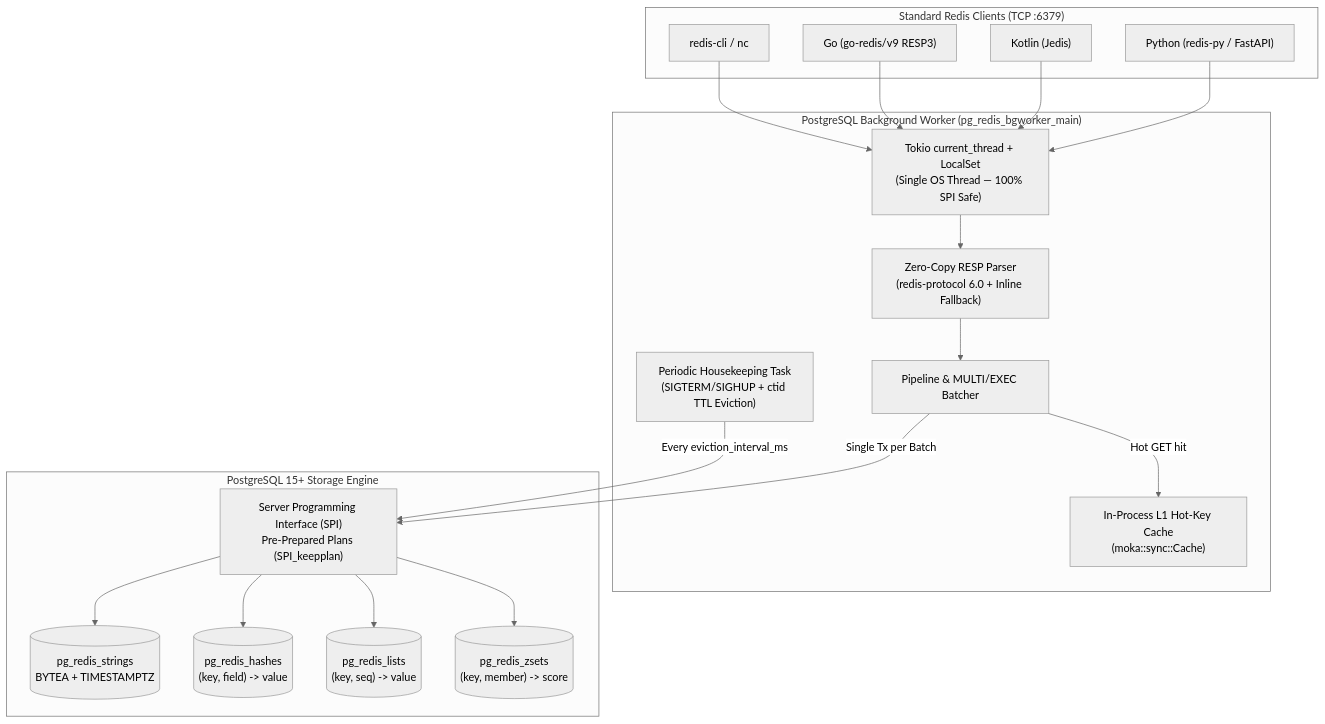
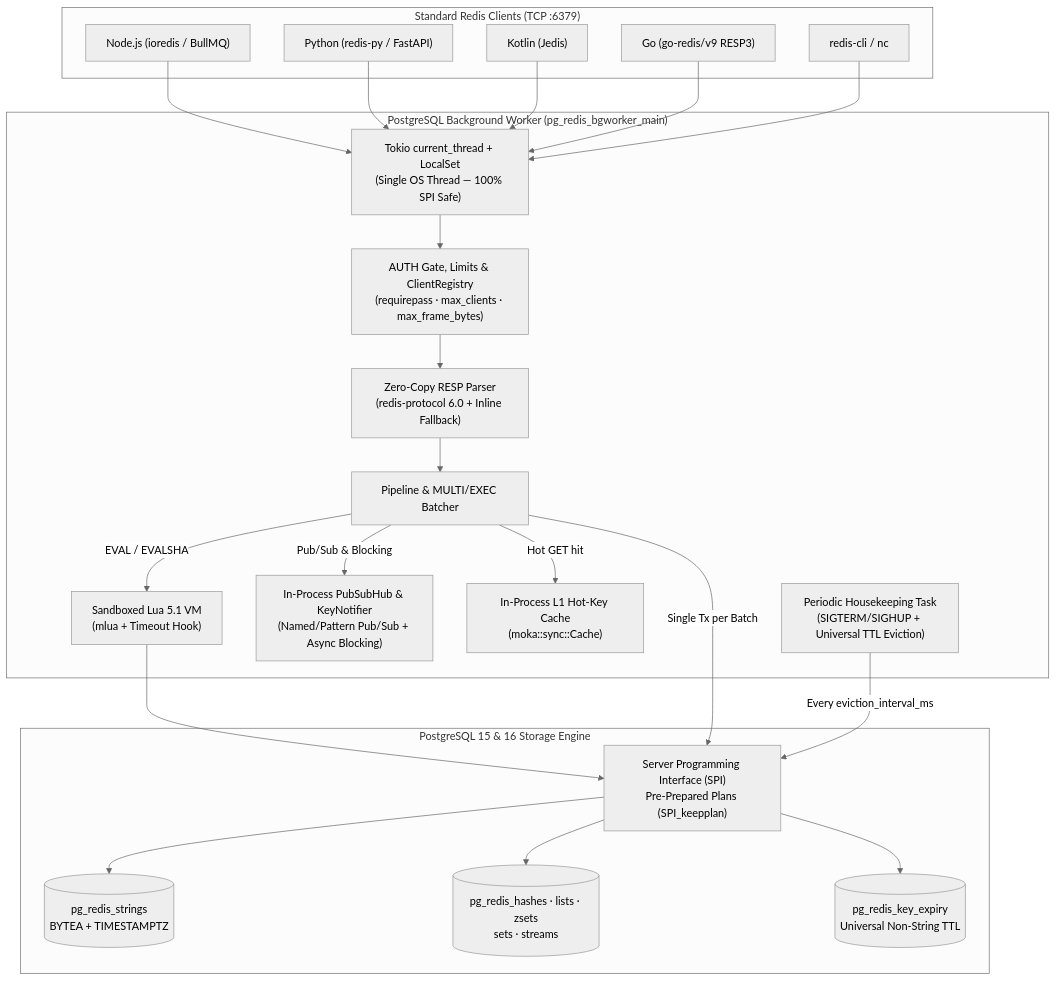
One commit to MegacoderKim/pg2redis changed the first of 2 diagrams in docs/architecture/overview.md. Above: the diagram before and after it, drawn with Mermaid (neutral theme). The commit also changed other lines of this file and 12 other files, not shown here.

````diff
--- a/docs/architecture/overview.md
+++ b/docs/architecture/overview.md
@@ -7,32 +7,36 @@
 ```mermaid
 flowchart TB
     subgraph Clients["Standard Redis Clients (TCP :6379)"]
+        JS["Node.js (ioredis / BullMQ)"]
         PY["Python (redis-py / FastAPI)"]
         KT["Kotlin (Jedis)"]
         GO["Go (go-redis/v9 RESP3)"]
         CLI["redis-cli / nc"]
     end
 
     subgraph Worker["PostgreSQL Background Worker (pg_redis_bgworker_main)"]
         RT["Tokio current_thread + LocalSet<br/>(Single OS Thread — 100% SPI Safe)"]
+        AUTH["AUTH Gate, Limits &amp; ClientRegistry<br/>(requirepass · max_clients · max_frame_bytes)"]
         PARSE["Zero-Copy RESP Parser<br/>(redis-protocol 6.0 + Inline Fallback)"]
-        BATCH["Pipeline & MULTI/EXEC Batcher"]
+        BATCH["Pipeline &amp; MULTI/EXEC Batcher"]
+        LUA["Sandboxed Lua 5.1 VM<br/>(mlua + Timeout Hook)"]
+        PS["In-Process PubSubHub &amp; KeyNotifier<br/>(Named/Pattern Pub/Sub + Async Blocking)"]
         CACHE["In-Process L1 Hot-Key Cache<br/>(moka::sync::Cache)"]
-        EVICT["Periodic Housekeeping Task<br/>(SIGTERM/SIGHUP + ctid TTL Eviction)"]
+        EVICT["Periodic Housekeeping Task<br/>(SIGTERM/SIGHUP + Universal TTL Eviction)"]
     end
 
-    subgraph Postgres["PostgreSQL 15+ Storage Engine"]
+    subgraph Postgres["PostgreSQL 15 &amp; 16 Storage Engine"]
         SPI["Server Programming Interface (SPI)<br/>Pre-Prepared Plans (SPI_keepplan)"]
         T1[("pg_redis_strings<br/>BYTEA + TIMESTAMPTZ")]
-        T2[("pg_redis_hashes<br/>(key, field) -> value")]
-        T3[("pg_redis_lists<br/>(key, seq) -> value")]
-        T4[("pg_redis_zsets<br/>(key, member) -> score")]
+        T2[("pg_redis_hashes · lists · zsets<br/>sets · streams")]
+        T3[("pg_redis_key_expiry<br/>Universal Non-String TTL")]
     end
 
-    PY & KT & GO & CLI --> RT
-    RT --> PARSE --> BATCH
+    JS & PY & KT & GO & CLI --> RT --> AUTH --> PARSE --> BATCH
     BATCH -->|Hot GET hit| CACHE
+    BATCH -->|Pub/Sub &amp; Blocking| PS
+    BATCH -->|EVAL / EVALSHA| LUA --> SPI
     BATCH -->|Single Tx per Batch| SPI
     EVICT -->|Every eviction_interval_ms| SPI
-    SPI --> T1 & T2 & T3 & T4
+    SPI --> T1 & T2 & T3
 ```
````
